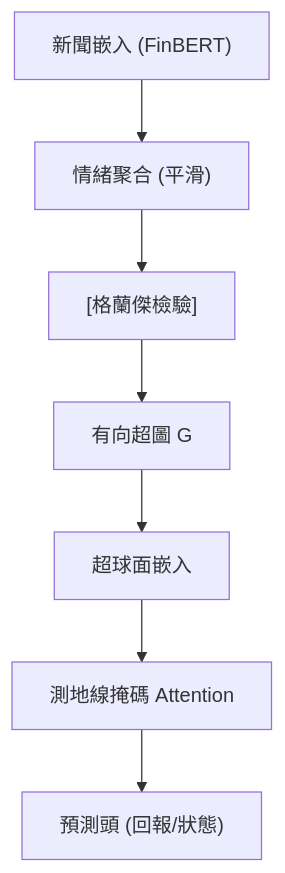
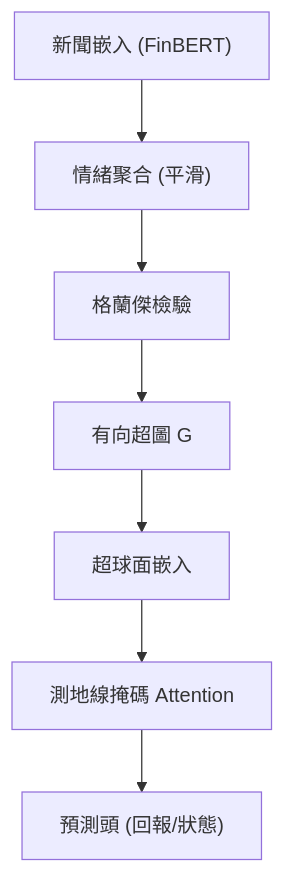
One commit to sou350121/Trading-Handbook changed the diagram in foundations/causal-structural/csht.md. Above: the diagram before and after it, drawn with Mermaid. The commit also changed 191 other files, not shown here.

First line of the commit message:
render: fix math + mermaid for GitHub across the corpus (188 pages)

````diff
--- a/foundations/causal-structural/csht.md
+++ b/foundations/causal-structural/csht.md
@@ -33,9 +33,9 @@
 ```mermaid
 flowchart TD
     A["新聞嵌入 (FinBERT)"] --> B["情緒聚合 (平滑)"]
-    B["情緒聚合 (平滑)"] --> C["[格蘭傑檢驗]"]
-    C["[格蘭傑檢驗]"] --> D["有向超圖 G"]
+    B["情緒聚合 (平滑)"] --> C["格蘭傑檢驗"]
+    C["格蘭傑檢驗"] --> D["有向超圖 G"]
     D["有向超圖 G"] --> E["超球面嵌入"]
     E["超球面嵌入"] --> F["測地線掩碼 Attention"]
     F["測地線掩碼 Attention"] --> G["預測頭 (回報/狀態)"]
 ```
````
